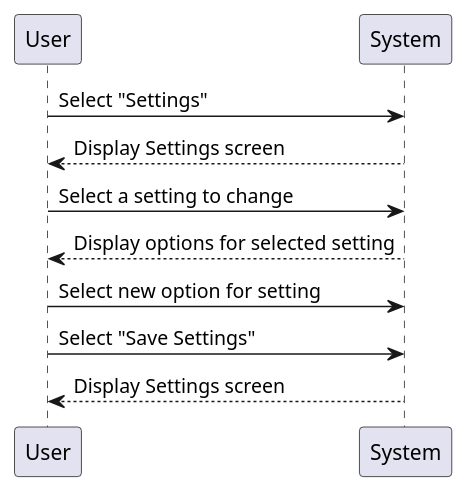
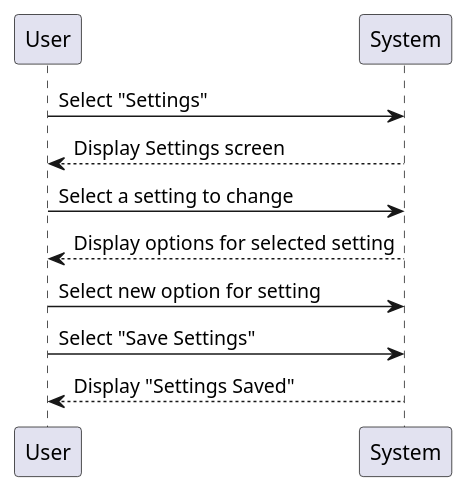
One commit to zealousduck/PicYaPalette changed the diagram in app/UML/SSDChangeSettings.puml. Above: the diagram before and after it, drawn with PlantUML. The commit also changed 1 other file, not shown here.

```diff
--- a/app/UML/SSDChangeSettings.puml
+++ b/app/UML/SSDChangeSettings.puml
@@ -1,11 +1,11 @@
 @startuml
 User -> System: Select "Settings"
 System --> User: Display Settings screen
 
 User -> System: Select a setting to change
 System-->User: Display options for selected setting
 User -> System: Select new option for setting
 User -> System: Select "Save Settings"
-System --> User: Display Settings screen
+System --> User: Display "Settings Saved"
 
 @enduml
```
